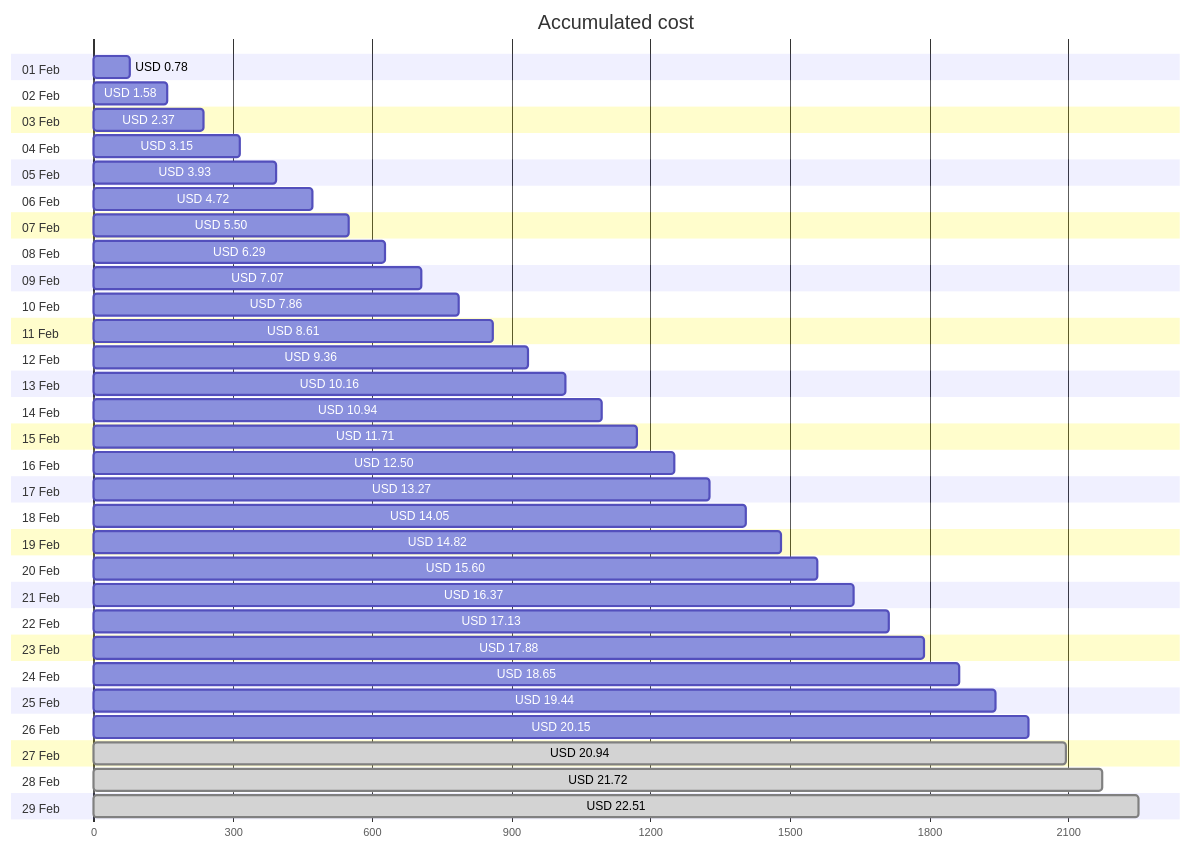
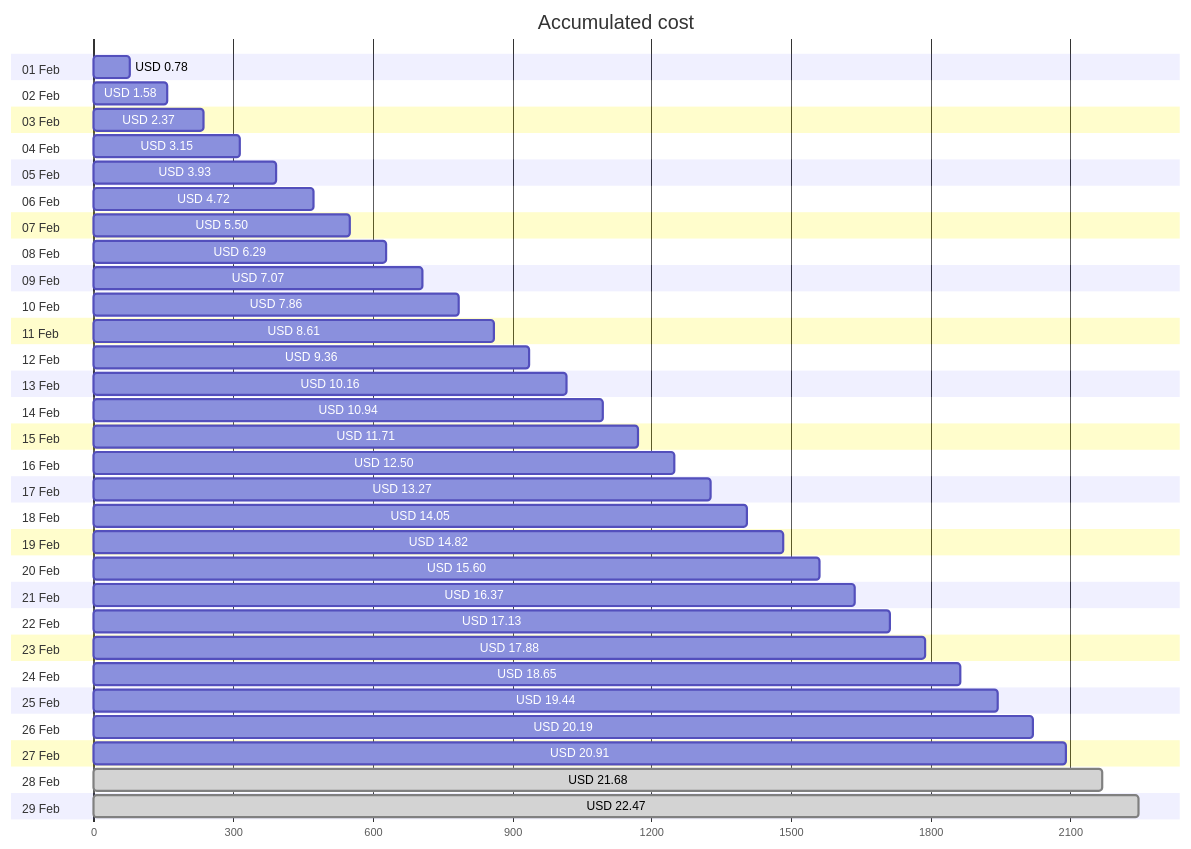
One commit to jpfulton/azure-personal-reports changed the first of 4 diagrams in cost-reports/personal-network/backup-server-data-disk.md. Above: the diagram before and after it, drawn with Mermaid. The commit also changed other lines of this file and 8 other files, not shown here.

````diff
--- a/cost-reports/personal-network/backup-server-data-disk.md
+++ b/cost-reports/personal-network/backup-server-data-disk.md
@@ -20,64 +20,64 @@
 ```mermaid
 gantt
    title Accumulated cost
    dateFormat  X
    axisFormat %s
    section 01 Feb
    USD 0.78 :0, 78
    section 02 Feb
    USD 1.58 :0, 158
    section 03 Feb
    USD 2.37 :0, 237
    section 04 Feb
    USD 3.15 :0, 315
    section 05 Feb
    USD 3.93 :0, 393
    section 06 Feb
    USD 4.72 :0, 472
    section 07 Feb
    USD 5.50 :0, 550
    section 08 Feb
    USD 6.29 :0, 629
    section 09 Feb
    USD 7.07 :0, 707
    section 10 Feb
    USD 7.86 :0, 786
    section 11 Feb
    USD 8.61 :0, 861
    section 12 Feb
    USD 9.36 :0, 936
    section 13 Feb
    USD 10.16 :0, 1016
    section 14 Feb
    USD 10.94 :0, 1094
    section 15 Feb
    USD 11.71 :0, 1171
    section 16 Feb
    USD 12.50 :0, 1250
    section 17 Feb
    USD 13.27 :0, 1327
    section 18 Feb
    USD 14.05 :0, 1405
    section 19 Feb
    USD 14.82 :0, 1482
    section 20 Feb
    USD 15.60 :0, 1560
    section 21 Feb
    USD 16.37 :0, 1637
    section 22 Feb
    USD 17.13 :0, 1713
    section 23 Feb
    USD 17.88 :0, 1788
    section 24 Feb
    USD 18.65 :0, 1865
    section 25 Feb
    USD 19.44 :0, 1944
    section 26 Feb
-   USD 20.15 :0, 2015
+   USD 20.19 :0, 2019
    section 27 Feb
-   USD 20.94 : done, 0, 2094
+   USD 20.91 :0, 2091
    section 28 Feb
-   USD 21.72 : done, 0, 2172
+   USD 21.68 : done, 0, 2168
    section 29 Feb
-   USD 22.51 : done, 0, 2251
+   USD 22.47 : done, 0, 2247
 ```
````
